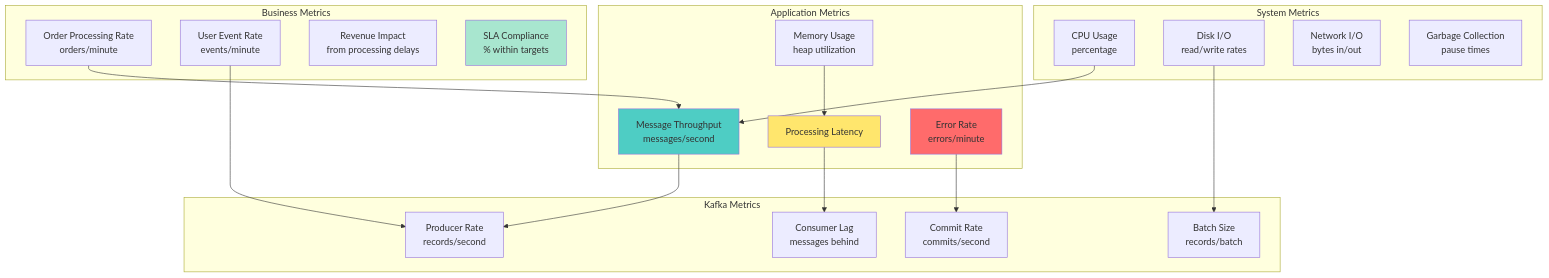
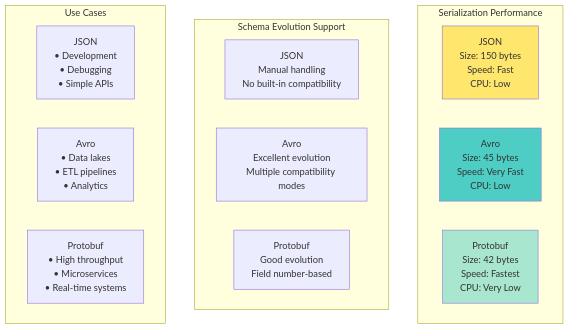
One commit to vorrawut/KafkaStarter changed the third of 6 diagrams in class/workshop/lesson_6/README.md. Above: the diagram before and after it, drawn with Mermaid. The commit also changed other lines of this file and 204 other files, not shown here.

````diff
--- a/class/workshop/lesson_6/README.md
+++ b/class/workshop/lesson_6/README.md
@@ -407,46 +158,24 @@
 ```mermaid
 graph TB
-    subgraph "Application Metrics"
-        THROUGHPUT[Message Throughput<br/>messages/second]
-        LATENCY[Processing Latency<br/&gt;95th percentile]
-        ERROR_RATE[Error Rate<br/>errors/minute]
-        MEMORY[Memory Usage<br/>heap utilization]
+    subgraph "Serialization Performance"
+        JSON[JSON<br/>Size: 150 bytes<br/>Speed: Fast<br/>CPU: Low]
+        AVRO[Avro<br/>Size: 45 bytes<br/>Speed: Very Fast<br/>CPU: Low]
+        PROTO[Protobuf<br/>Size: 42 bytes<br/>Speed: Fastest<br/>CPU: Very Low]
     end
     
-    subgraph "Kafka Metrics"
-        PRODUCER_RATE[Producer Rate<br/>records/second]
-        CONSUMER_LAG[Consumer Lag<br/>messages behind]
-        BATCH_SIZE[Batch Size<br/>records/batch]
-        COMMIT_RATE[Commit Rate<br/>commits/second]
+    subgraph "Schema Evolution Support"
+        JSON_EV[JSON<br/>Manual handling<br/>No built-in compatibility]
+        AVRO_EV[Avro<br/>Excellent evolution<br/>Multiple compatibility modes]
+        PROTO_EV[Protobuf<br/>Good evolution<br/>Field number-based]
     end
     
-    subgraph "System Metrics"
-        CPU[CPU Usage<br/>percentage]
-        DISK_IO[Disk I/O<br/>read/write rates]
-        NETWORK[Network I/O<br/>bytes in/out]
-        GC[Garbage Collection<br/>pause times]
+    subgraph "Use Cases"
+        JSON_UC[JSON<br/>• Development<br/>• Debugging<br/>• Simple APIs]
+        AVRO_UC[Avro<br/>• Data lakes<br/>• ETL pipelines<br/>• Analytics]
+        PROTO_UC[Protobuf<br/>• High throughput<br/>• Microservices<br/>• Real-time systems]
     end
     
-    subgraph "Business Metrics"
-        ORDER_RATE[Order Processing Rate<br/>orders/minute]
-        USER_EVENTS[User Event Rate<br/>events/minute]
-        REVENUE[Revenue Impact<br/>from processing delays]
-        SLA[SLA Compliance<br/>% within targets]
-    end
-    
-    THROUGHPUT --> PRODUCER_RATE
-    LATENCY --> CONSUMER_LAG
-    ERROR_RATE --> COMMIT_RATE
-    
-    CPU --> THROUGHPUT
-    MEMORY --> LATENCY
-    DISK_IO --> BATCH_SIZE
-    
-    ORDER_RATE --> THROUGHPUT
-    USER_EVENTS --> PRODUCER_RATE
-    
-    style THROUGHPUT fill:#4ecdc4
-    style LATENCY fill:#ffe66d
-    style ERROR_RATE fill:#ff6b6b
-    style SLA fill:#a8e6cf
+    style AVRO fill:#4ecdc4
+    style PROTO fill:#a8e6cf
+    style JSON fill:#ffe66d
 ```
````
